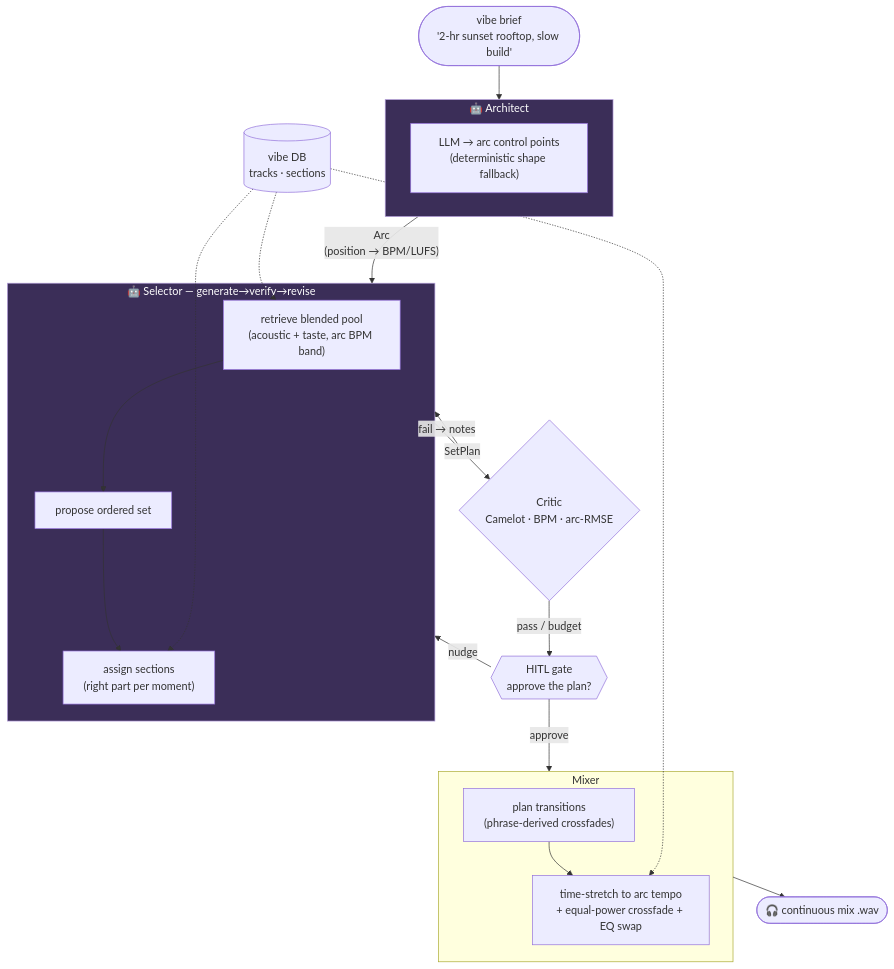
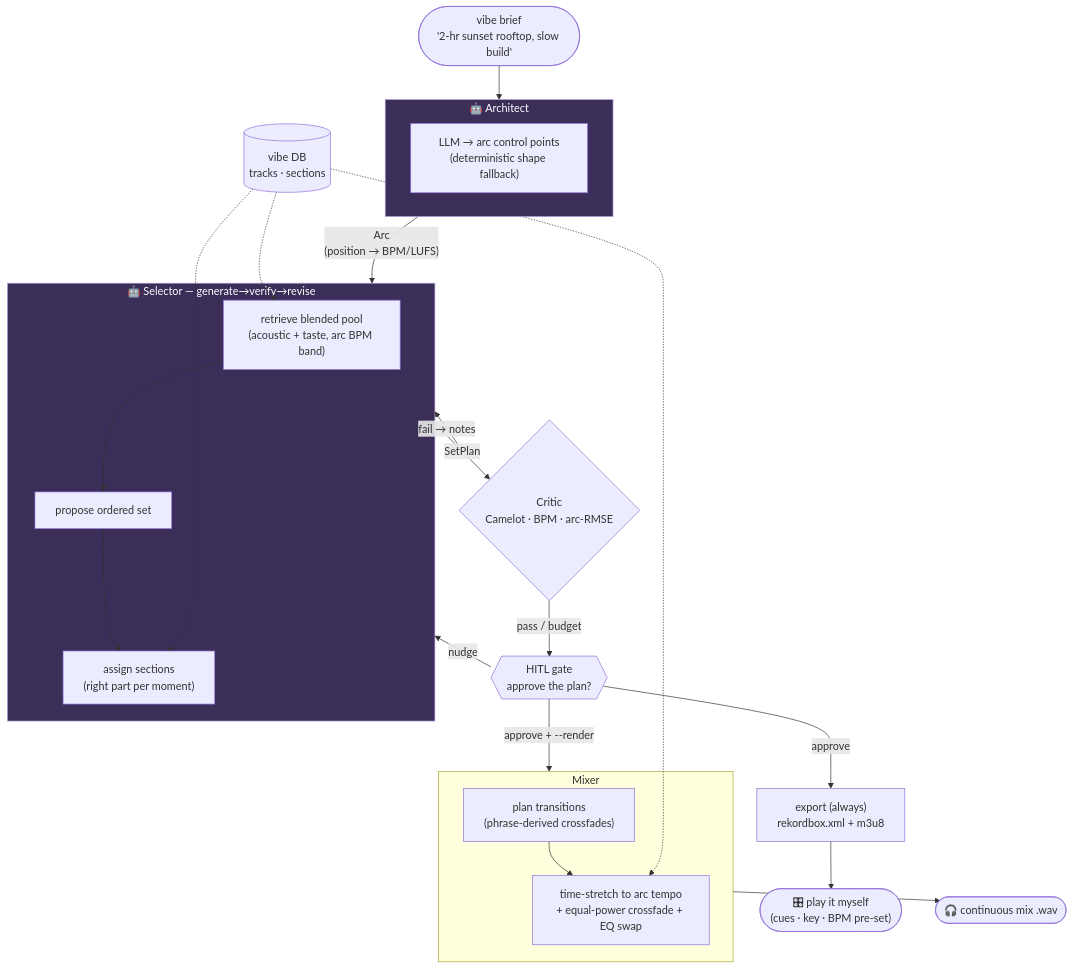
Before and after one commit to geogoesbeepboop/dj-agent: the fourth of 5 diagrams in docs/architecture.md, drawn with Mermaid. The commit also changed other lines of this file and 46 other files, not shown here.

````diff
--- a/docs/architecture.md
+++ b/docs/architecture.md
@@ -161,37 +180,39 @@
 ```mermaid
 flowchart TB
     B(["vibe brief<br/>'2-hr sunset rooftop, slow build'"]) --> ARCH
 
     subgraph ARCH["🤖 Architect"]
         A1["LLM → arc control points<br/>(deterministic shape fallback)"]
     end
     ARCH -->|"Arc<br/>(position → BPM/LUFS)"| SEL
 
     subgraph SEL["🤖 Selector — generate→verify→revise"]
         S1["retrieve blended pool<br/>(acoustic + taste, arc BPM band)"]
         S2["propose ordered set"]
         S3["assign sections<br/>(right part per moment)"]
         S1 --> S2 --> S3
     end
 
     SEL -->|"SetPlan"| CRIT{"Critic<br/>Camelot · BPM · arc-RMSE"}
     CRIT -->|"fail → notes"| SEL
     CRIT -->|"pass / budget"| HITL{{"HITL gate<br/>approve the plan?"}}
 
     HITL -->|"nudge"| SEL
-    HITL -->|"approve"| MIX
+    HITL -->|"approve"| EXP["export (always)<br/>rekordbox.xml + m3u8"]
+    HITL -->|"approve + --render"| MIX
 
     subgraph MIX["Mixer"]
         M1["plan transitions<br/>(phrase-derived crossfades)"]
         M2["time-stretch to arc tempo<br/>+ equal-power crossfade + EQ swap"]
         M1 --> M2
     end
+    EXP --> OUTM(["🎛 play it myself<br/>(cues · key · BPM pre-set)"])
     MIX --> OUT(["🎧 continuous mix .wav"])
 
     DB[("vibe DB<br/>tracks · sections")] -.-> S1
     DB -.-> S3
     DB -.-> M2
 
     classDef agent fill:#3b2e58,stroke:#b39ddb,color:#fff;
     class ARCH,SEL agent;
 ```
````
